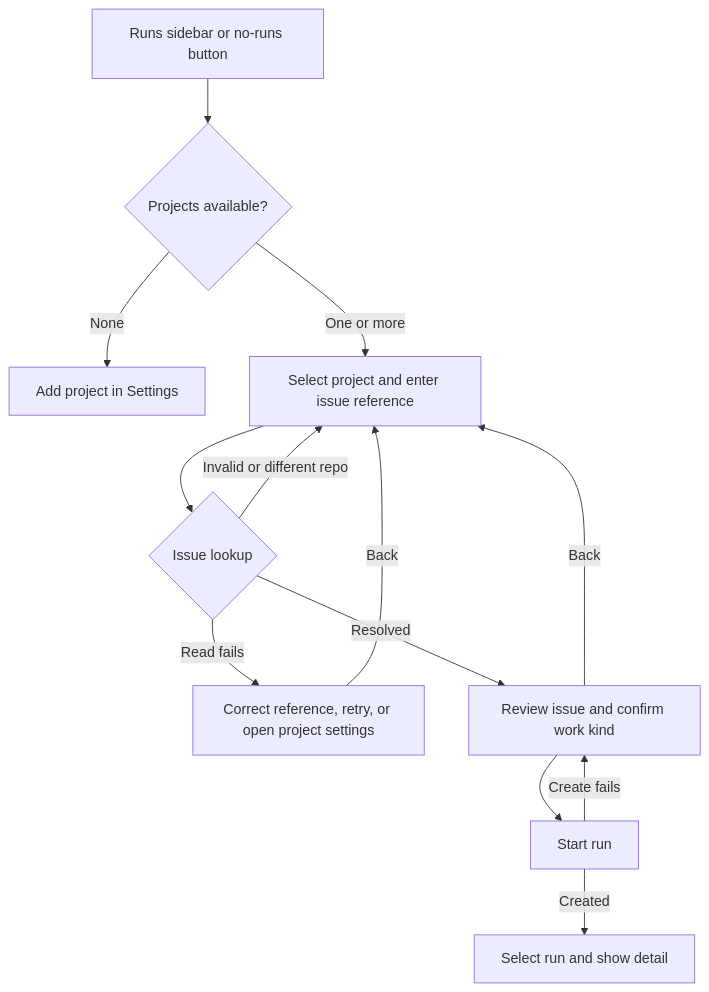
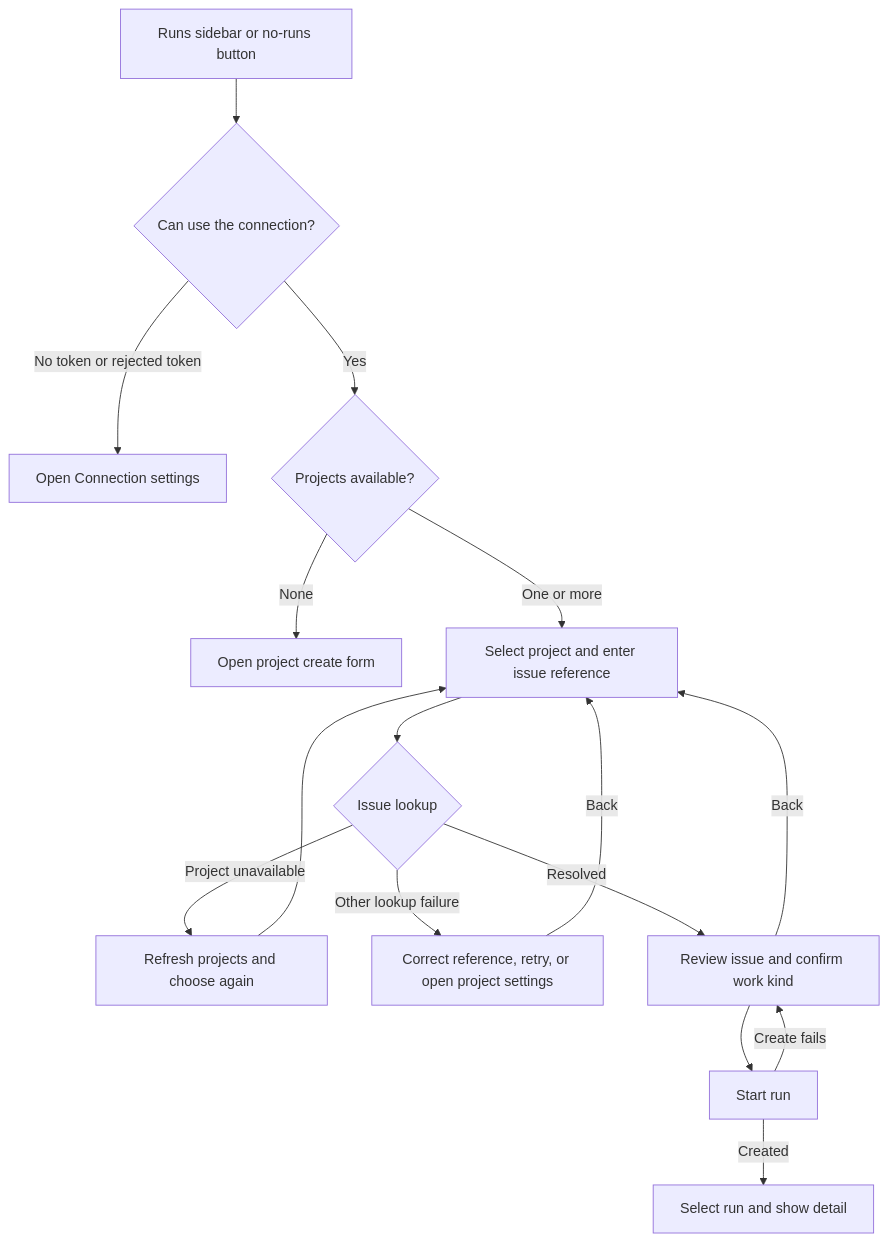
Before and after one commit to markdstafford/autocatalyst: the first of 3 diagrams in context-human/specs/feature-start-a-run-from-an-issue.md, drawn with Mermaid. The commit also changed other lines of this file, not shown here.

Commit message:
docs: revise feature spec start-a-run-from-an-issue

````diff
--- a/context-human/specs/feature-start-a-run-from-an-issue.md
+++ b/context-human/specs/feature-start-a-run-from-an-issue.md
@@ -73,15 +72,18 @@
 ```mermaid
 flowchart TD
-    A[Runs sidebar or no-runs button] --> B{Projects available?}
-    B -->|None| C[Add project in Settings]
-    B -->|One or more| D[Select project and enter issue reference]
-    D --> E{Issue lookup}
-    E -->|Invalid or different repo| D
-    E -->|Read fails| F[Correct reference, retry, or open project settings]
-    F -->|Back| D
-    E -->|Resolved| G[Review issue and confirm work kind]
-    G -->|Back| D
-    G --> H[Start run]
-    H -->|Create fails| G
-    H -->|Created| I[Select run and show detail]
+    A[Runs sidebar or no-runs button] --> B{Can use the connection?}
+    B -->|No token or rejected token| C[Open Connection settings]
+    B -->|Yes| D{Projects available?}
+    D -->|None| E[Open project create form]
+    D -->|One or more| F[Select project and enter issue reference]
+    F --> G{Issue lookup}
+    G -->|Project unavailable| H[Refresh projects and choose again]
+    H --> F
+    G -->|Other lookup failure| I[Correct reference, retry, or open project settings]
+    I -->|Back| F
+    G -->|Resolved| J[Review issue and confirm work kind]
+    J -->|Back| F
+    J --> K[Start run]
+    K -->|Create fails| J
+    K -->|Created| L[Select run and show detail]
 ```
````
